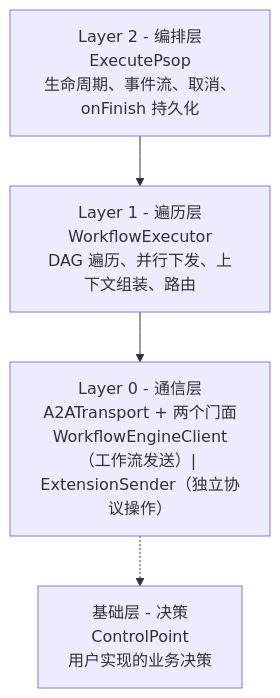
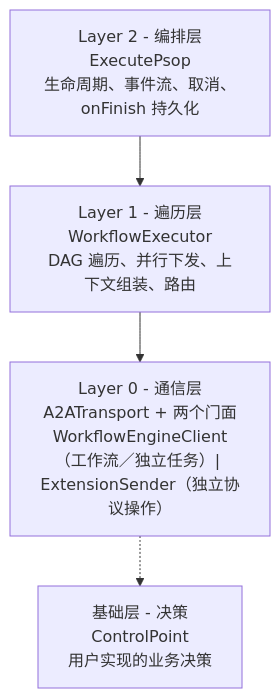
One commit to Zhoujie628/workflow-engine-sdk-java changed the second of 5 diagrams in docs/zh/DESIGN.md. Above: the diagram before and after it, drawn with Mermaid. The commit also changed other lines of this file and 10 other files, not shown here.

````diff
--- a/docs/zh/DESIGN.md
+++ b/docs/zh/DESIGN.md
@@ -107,10 +107,10 @@
 ```mermaid
 graph TD
     L2["Layer 2 - 编排层<br/>ExecutePsop<br/>生命周期、事件流、取消、onFinish 持久化"]
     L1["Layer 1 - 遍历层<br/>WorkflowExecutor<br/>DAG 遍历、并行下发、上下文组装、路由"]
-    L0["Layer 0 - 通信层<br/>A2ATransport + 两个门面<br/>WorkflowEngineClient（工作流发送）| ExtensionSender（独立协议操作）"]
+    L0["Layer 0 - 通信层<br/>A2ATransport + 两个门面<br/>WorkflowEngineClient（工作流／独立任务）| ExtensionSender（独立协议操作）"]
     F["基础层 - 决策<br/>ControlPoint<br/>用户实现的业务决策"]
 
     L2 --> L1 --> L0
     L0 -.-> F
 ```
````
